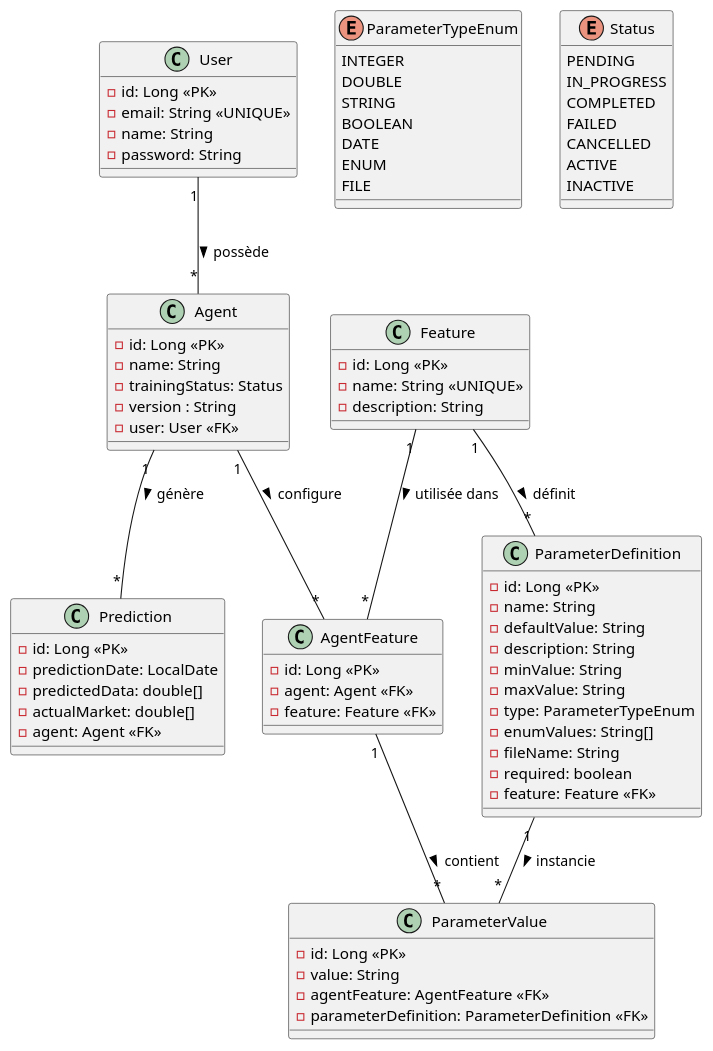
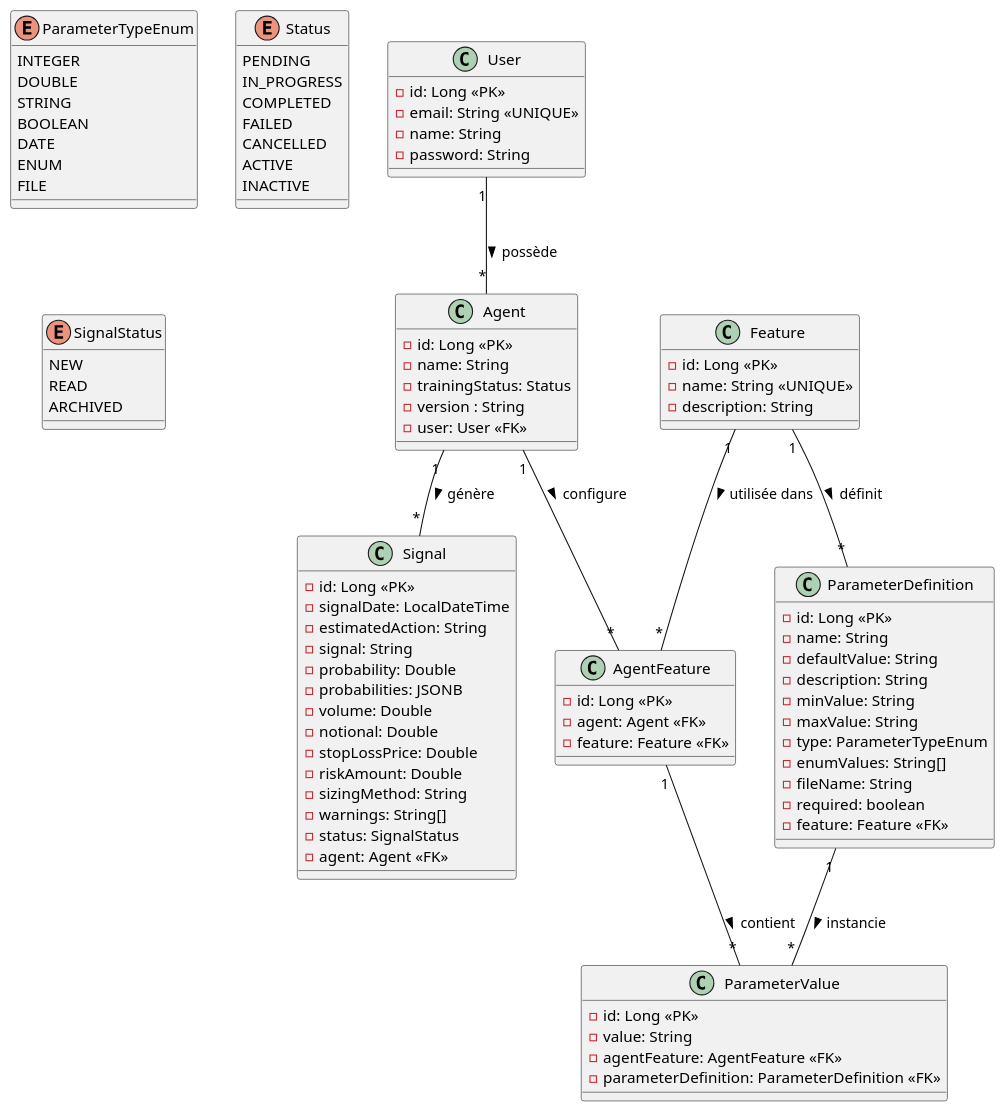
The diagram in docs/bdd_demo.puml (tradefi-2025/demo_ai_back), drawn with PlantUML before and after one commit. The commit also changed 17 other files, not shown here.

Commit message:
Signal APIS + DATABASE + FLOW

```diff
--- a/docs/bdd_demo.puml
+++ b/docs/bdd_demo.puml
@@ -1,87 +1,102 @@
 @startuml
 ' Entités principales
 class User {
   -id: Long <<PK>>
   -email: String <<UNIQUE>>
   -name: String
   -password: String
 }
 
 class Agent {
   -id: Long <<PK>>
   -name: String
   -trainingStatus: Status
   -version : String
   -user: User <<FK>>
 }
 
 class Feature {
   -id: Long <<PK>>
   -name: String <<UNIQUE>>
   -description: String
 }
 
 class ParameterDefinition {
   -id: Long <<PK>>
   -name: String
   -defaultValue: String
   -description: String
   -minValue: String
   -maxValue: String
   -type: ParameterTypeEnum
   -enumValues: String[]
   -fileName: String
   -required: boolean
   -feature: Feature <<FK>>
 }
 
 enum ParameterTypeEnum {
   INTEGER
   DOUBLE
   STRING
   BOOLEAN
   DATE
   ENUM
   FILE
 }
 
 enum Status {
   PENDING
   IN_PROGRESS
   COMPLETED
   FAILED
   CANCELLED
   ACTIVE
   INACTIVE
 }
 class AgentFeature {
   -id: Long <<PK>>
   -agent: Agent <<FK>>
   -feature: Feature <<FK>>
 }
 
 class ParameterValue {
   -id: Long <<PK>>
   -value: String
   -agentFeature: AgentFeature <<FK>>
   -parameterDefinition: ParameterDefinition <<FK>>
 }
 
-class Prediction {
+class Signal {
   -id: Long <<PK>>
-  -predictionDate: LocalDate
-  -predictedData: double[]
-  -actualMarket: double[]
+  -signalDate: LocalDateTime
+  -estimatedAction: String
+  -signal: String
+  -probability: Double
+  -probabilities: JSONB
+  -volume: Double
+  -notional: Double
+  -stopLossPrice: Double
+  -riskAmount: Double
+  -sizingMethod: String
+  -warnings: String[]
+  -status: SignalStatus
   -agent: Agent <<FK>>
+}
+
+enum SignalStatus {
+  NEW
+  READ
+  ARCHIVED
 }
 
 ' Relations entre entités
 User "1" -- "*" Agent : possède >
 Agent "1" -- "*" AgentFeature : configure >
-Agent "1" -- "*" Prediction : génère >
+Agent "1" -- "*" Signal : génère >
 Feature "1" -- "*" AgentFeature : utilisée dans >
 Feature "1" -- "*" ParameterDefinition : définit >
 AgentFeature "1" -- "*" ParameterValue : contient >
 ParameterDefinition "1" -- "*" ParameterValue : instancie >
 
 @enduml
```
